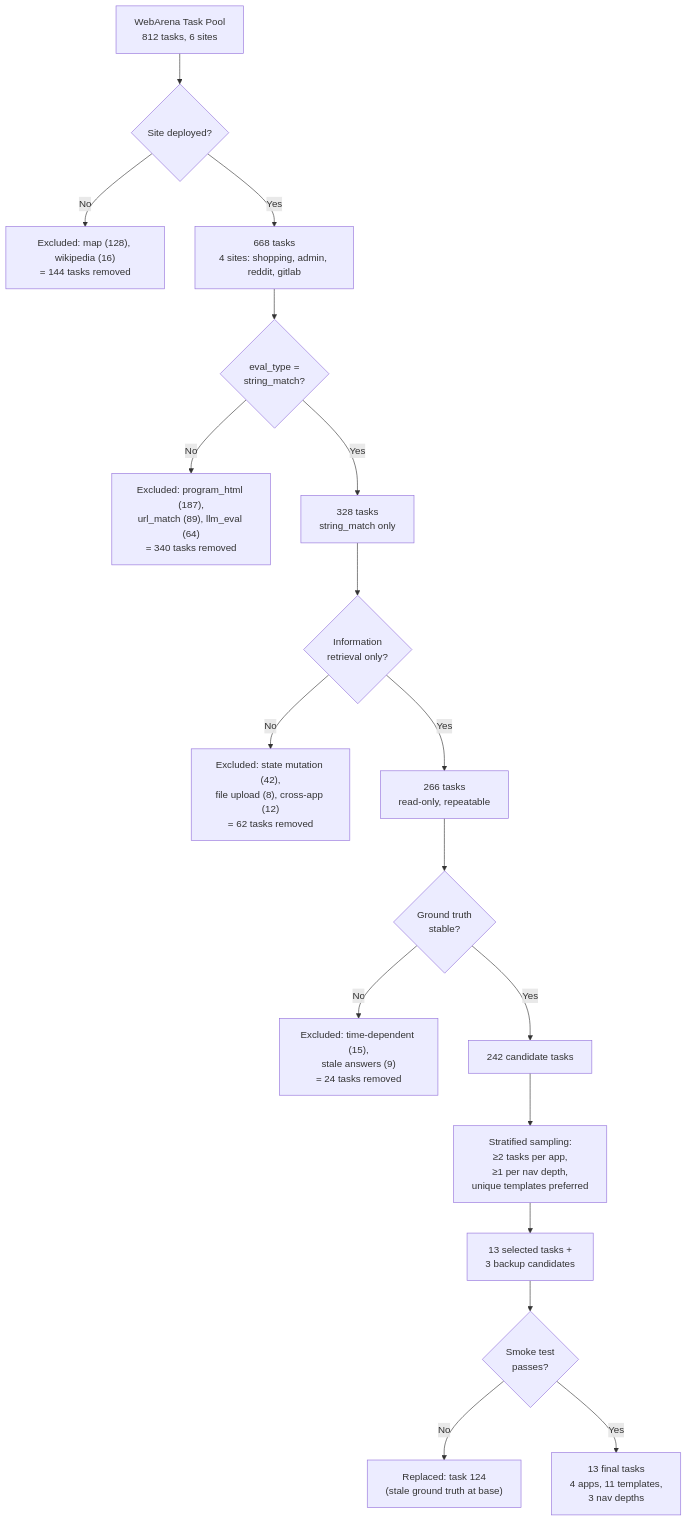
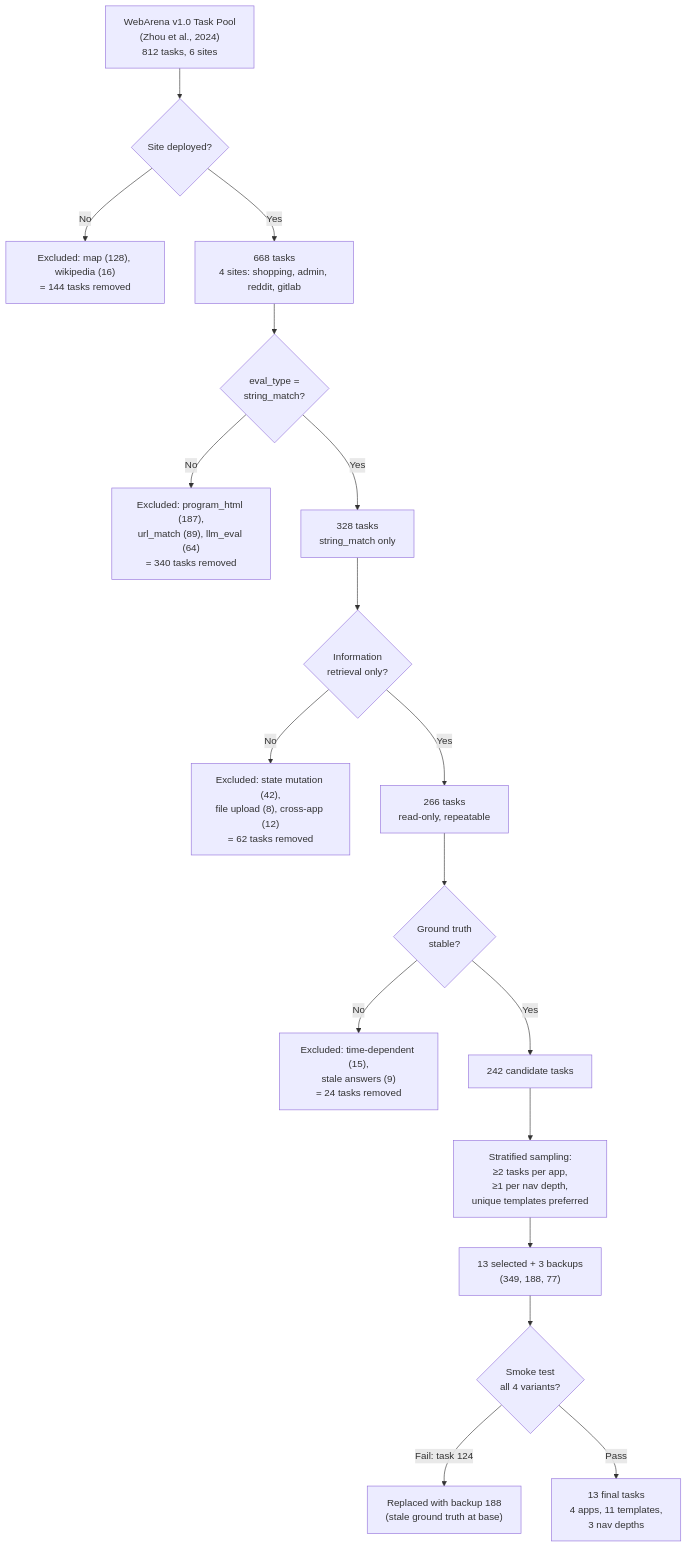
Before and after one commit to Alex-jjh/ai-agent-accessibility: the diagram in paper/sections/task-selection-protocol.md, drawn with Mermaid. The commit also changed other lines of this file, not shown here.

First line of the commit message:
fix: Correct Task Selection Protocol per reviewer feedback

````diff
--- a/paper/sections/task-selection-protocol.md
+++ b/paper/sections/task-selection-protocol.md
@@ -5,20 +5,20 @@
 ```mermaid
 graph TD
-    A["WebArena Task Pool<br/>812 tasks, 6 sites"] --> B{"Site deployed?"}
+    A["WebArena v1.0 Task Pool<br/>(Zhou et al., 2024)<br/>812 tasks, 6 sites"] --> B{"Site deployed?"}
     B -->|No| X1["Excluded: map (128), wikipedia (16)<br/>= 144 tasks removed"]
     B -->|Yes| C["668 tasks<br/>4 sites: shopping, admin, reddit, gitlab"]
     C --> D{"eval_type =<br/>string_match?"}
     D -->|No| X2["Excluded: program_html (187),<br/>url_match (89), llm_eval (64)<br/>= 340 tasks removed"]
     D -->|Yes| E["328 tasks<br/>string_match only"]
     E --> F{"Information<br/>retrieval only?"}
     F -->|No| X3["Excluded: state mutation (42),<br/>file upload (8), cross-app (12)<br/>= 62 tasks removed"]
     F -->|Yes| G["266 tasks<br/>read-only, repeatable"]
     G --> H{"Ground truth<br/>stable?"}
     H -->|No| X4["Excluded: time-dependent (15),<br/>stale answers (9)<br/>= 24 tasks removed"]
     H -->|Yes| I["242 candidate tasks"]
     I --> J["Stratified sampling:<br/>≥2 tasks per app,<br/>≥1 per nav depth,<br/>unique templates preferred"]
-    J --> K["13 selected tasks +<br/>3 backup candidates"]
-    K --> L{"Smoke test<br/>passes?"}
-    L -->|No| X5["Replaced: task 124<br/>(stale ground truth at base)"]
-    L -->|Yes| M["13 final tasks<br/>4 apps, 11 templates,<br/>3 nav depths"]
+    J --> K["13 selected + 3 backups<br/>(349, 188, 77)"]
+    K --> L{"Smoke test<br/>all 4 variants?"}
+    L -->|Fail: task 124| X5["Replaced with backup 188<br/>(stale ground truth at base)"]
+    L -->|Pass| M["13 final tasks<br/>4 apps, 11 templates,<br/>3 nav depths"]
 ```
````
